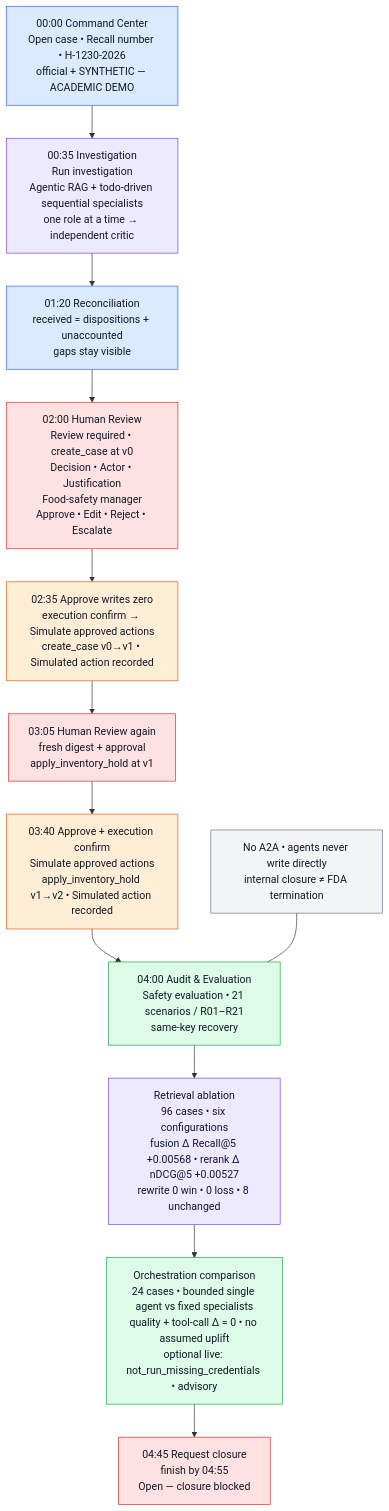
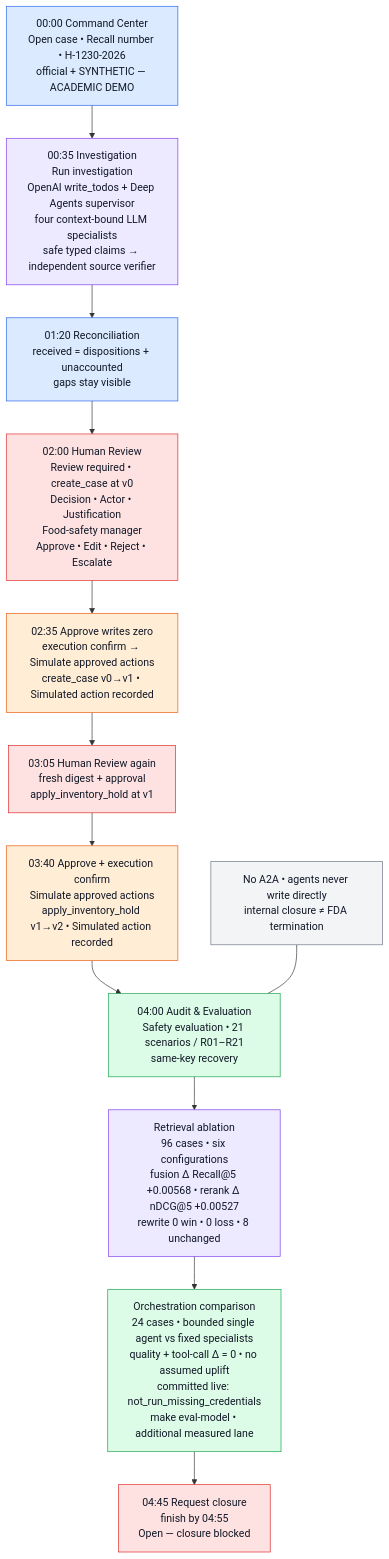
The diagram in docs/images/07_demo_story.mmd (nagarjunakanamarlapudi/reacall-agents), drawn with Mermaid before and after one commit. The commit also changed 45 other files, not shown here.

Commit message:
docs: present authoritative OpenAI workflow and live demo

```diff
--- a/docs/images/07_demo_story.mmd
+++ b/docs/images/07_demo_story.mmd
@@ -1,22 +1,22 @@
 flowchart TB
   classDef step fill:#dbeafe,stroke:#2563eb,color:#111827
   classDef agent fill:#ede9fe,stroke:#7c3aed,color:#111827
   classDef human fill:#fee2e2,stroke:#dc2626,color:#111827
   classDef action fill:#ffedd5,stroke:#ea580c,color:#111827
   classDef safe fill:#dcfce7,stroke:#16a34a,color:#111827
   classDef block fill:#f3f4f6,stroke:#6b7280,color:#111827
 
   A["00:00 Command Center<br/>Open case • Recall number • H-1230-2026<br/>official + SYNTHETIC — ACADEMIC DEMO"]:::step
-  B["00:35 Investigation<br/>Run investigation<br/>Agentic RAG + todo-driven sequential specialists<br/>one role at a time → independent critic"]:::agent
+  B["00:35 Investigation<br/>Run investigation<br/>OpenAI write_todos + Deep Agents supervisor<br/>four context-bound LLM specialists<br/>safe typed claims → independent source verifier"]:::agent
   C["01:20 Reconciliation<br/>received = dispositions + unaccounted<br/>gaps stay visible"]:::step
   D["02:00 Human Review<br/>Review required • create_case at v0<br/>Decision • Actor • Justification<br/>Food-safety manager<br/>Approve • Edit • Reject • Escalate"]:::human
   E["02:35 Approve writes zero<br/>execution confirm → Simulate approved actions<br/>create_case v0→v1 • Simulated action recorded"]:::action
   F["03:05 Human Review again<br/>fresh digest + approval<br/>apply_inventory_hold at v1"]:::human
   G["03:40 Approve + execution confirm<br/>Simulate approved actions<br/>apply_inventory_hold v1→v2 • Simulated action recorded"]:::action
   H["04:00 Audit & Evaluation<br/>Safety evaluation • 21 scenarios / R01–R21<br/>same-key recovery"]:::safe
   J["Retrieval ablation<br/>96 cases • six configurations<br/>fusion Δ Recall@5 +0.00568 • rerank Δ nDCG@5 +0.00527<br/>rewrite 0 win • 0 loss • 8 unchanged"]:::agent
-  K["Orchestration comparison<br/>24 cases • bounded single agent vs fixed specialists<br/>quality + tool-call Δ = 0 • no assumed uplift<br/>optional live: not_run_missing_credentials • advisory"]:::safe
+  K["Orchestration comparison<br/>24 cases • bounded single agent vs fixed specialists<br/>quality + tool-call Δ = 0 • no assumed uplift<br/>committed live: not_run_missing_credentials<br/>make eval-model • additional measured lane"]:::safe
   I["04:45 Request closure<br/>finish by 04:55<br/>Open — closure blocked"]:::human
 
   A --> B --> C --> D --> E --> F --> G --> H --> J --> K --> I
   NOTE["No A2A • agents never write directly<br/>internal closure ≠ FDA termination"]:::block --- H
```
